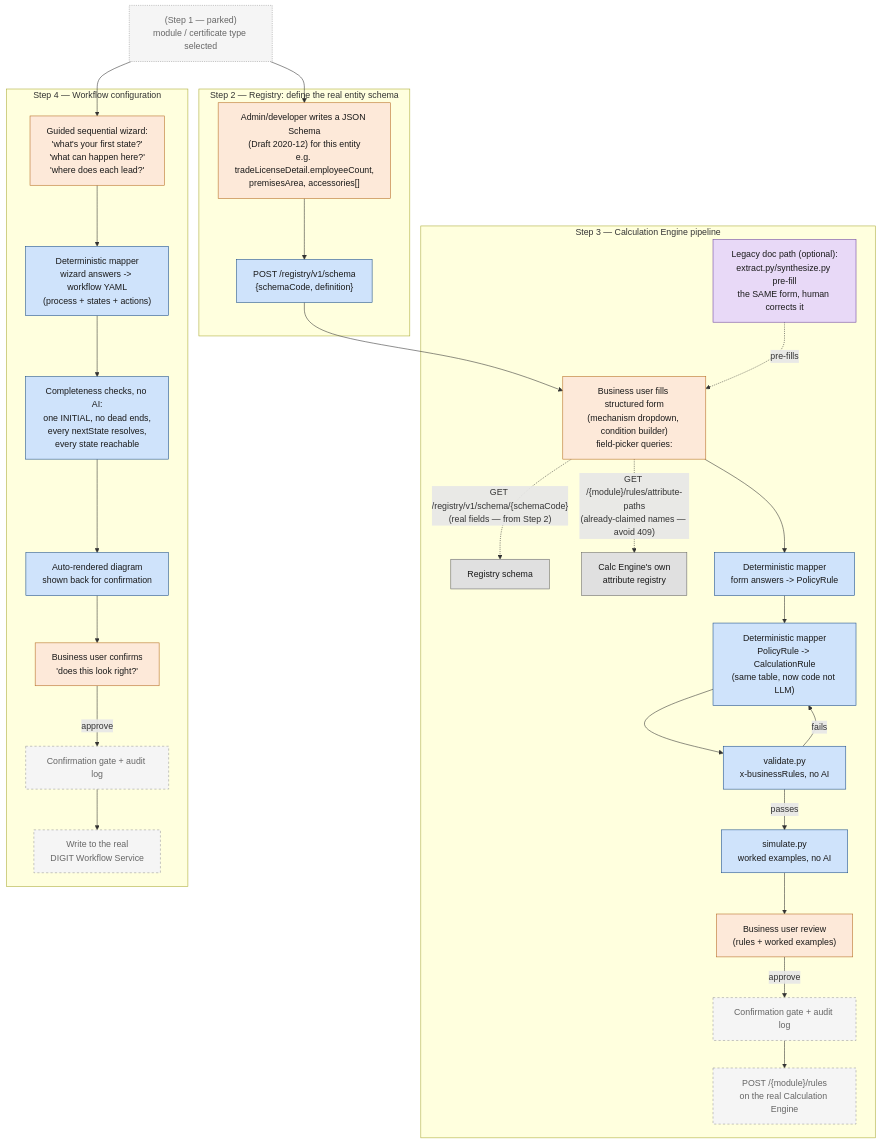
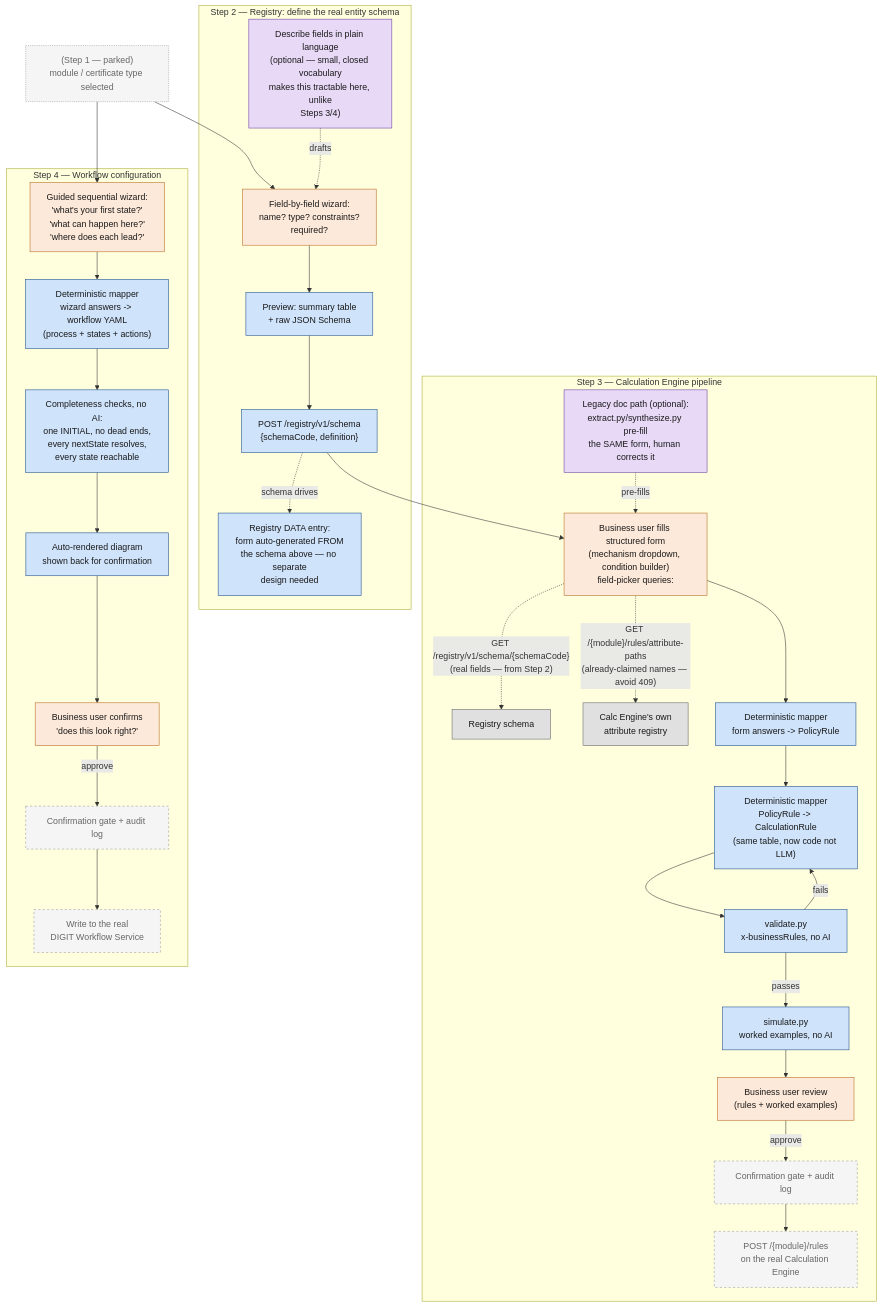
One commit to srujana-egov/policy-to-calc-spec changed the diagram in CONFIG-PIPELINE.md. Above: the diagram before and after it, drawn with Mermaid. The commit also changed other lines of this file, not shown here.

First line of the commit message:
Add Step 2's schema-authoring design: NL+wizard hybrid, and data-entry auto-generation

````diff
--- a/CONFIG-PIPELINE.md
+++ b/CONFIG-PIPELINE.md
@@ -179,46 +219,50 @@
 ```mermaid
 flowchart TD
-    M["(Step 1 — parked)<br/>module / certificate type selected"]:::parked --> S2
+    M["(Step 1 — parked)<br/>module / certificate type selected"]:::parked --> S2WIZ
     M --> S4A
 
     subgraph STEP2["Step 2 — Registry: define the real entity schema"]
-        S2["Admin/developer writes a JSON Schema<br/>(Draft 2020-12) for this entity<br/>e.g. tradeLicenseDetail.employeeCount,<br/>premisesArea, accessories[]"]:::human --> S2W
+        S2NL["Describe fields in plain language<br/>(optional — small, closed vocabulary<br/>makes this tractable here, unlike<br/>Steps 3/4)"]:::ai -.->|drafts| S2WIZ
+        S2WIZ["Field-by-field wizard:<br/>name? type? constraints?<br/>required?"]:::human --> S2PREVIEW
+        S2PREVIEW["Preview: summary table<br/>+ raw JSON Schema"]:::code --> S2W
         S2W["POST /registry/v1/schema<br/>{schemaCode, definition}"]:::code
+        S2DATA["Registry DATA entry:<br/>form auto-generated FROM<br/>the schema above — no separate<br/>design needed"]:::code
+        S2W -.->|schema drives| S2DATA
     end
 
     subgraph STEP3["Step 3 — Calculation Engine pipeline"]
         S2W --> S3FORM
         S3FORM["Business user fills structured form<br/>(mechanism dropdown, condition builder)<br/>field-picker queries:"]:::human
         S3FORM -.->|"GET /registry/v1/schema/{schemaCode}<br/>(real fields — from Step 2)"| S3REG1
         S3FORM -.->|"GET /{module}/rules/attribute-paths<br/>(already-claimed names — avoid 409)"| S3REG2
         S3REG1["Registry schema"]:::store
         S3REG2["Calc Engine's own<br/>attribute registry"]:::store
         S3FORM --> S3MAP1["Deterministic mapper<br/>form answers -> PolicyRule"]:::code
         S3MAP1 --> S3MAP2["Deterministic mapper<br/>PolicyRule -> CalculationRule<br/>(same table, now code not LLM)"]:::code
         S3MAP2 --> S3VAL["validate.py<br/>x-businessRules, no AI"]:::code
         S3VAL -->|fails| S3MAP2
         S3VAL -->|passes| S3SIM["simulate.py<br/>worked examples, no AI"]:::code
         S3SIM --> S3REVIEW["Business user review<br/>(rules + worked examples)"]:::human
         S3REVIEW -->|approve| S3GATE["Confirmation gate + audit log"]:::notbuilt
         S3GATE --> S3WRITE["POST /{module}/rules<br/>on the real Calculation Engine"]:::notbuilt
 
         LEGACY["Legacy doc path (optional):<br/>extract.py/synthesize.py pre-fill<br/>the SAME form, human corrects it"]:::ai -.->|pre-fills| S3FORM
     end
 
     subgraph STEP4["Step 4 — Workflow configuration"]
         S4A["Guided sequential wizard:<br/>'what's your first state?'<br/>'what can happen here?'<br/>'where does each lead?'"]:::human
         S4A --> S4MAP["Deterministic mapper<br/>wizard answers -> workflow YAML<br/>(process + states + actions)"]:::code
         S4MAP --> S4CHECK["Completeness checks, no AI:<br/>one INITIAL, no dead ends,<br/>every nextState resolves,<br/>every state reachable"]:::code
         S4CHECK --> S4DIAG["Auto-rendered diagram<br/>shown back for confirmation"]:::code
         S4DIAG --> S4REVIEW["Business user confirms<br/>'does this look right?'"]:::human
         S4REVIEW -->|approve| S4GATE["Confirmation gate + audit log"]:::notbuilt
         S4GATE --> S4WRITE["Write to the real<br/>DIGIT Workflow Service"]:::notbuilt
     end
 
     classDef human fill:#fde9d9,stroke:#b56a1f,color:#1a1a1a
     classDef code fill:#cfe3fb,stroke:#1b4d89,color:#1a1a1a
     classDef ai fill:#e8d9f7,stroke:#6a3fa0,color:#1a1a1a
     classDef store fill:#e0e0e0,stroke:#666,color:#1a1a1a
     classDef notbuilt fill:#f5f5f5,stroke:#999,color:#666,stroke-dasharray: 4 4
     classDef parked fill:#f5f5f5,stroke:#999,color:#666,stroke-dasharray: 2 2
 ```
````
